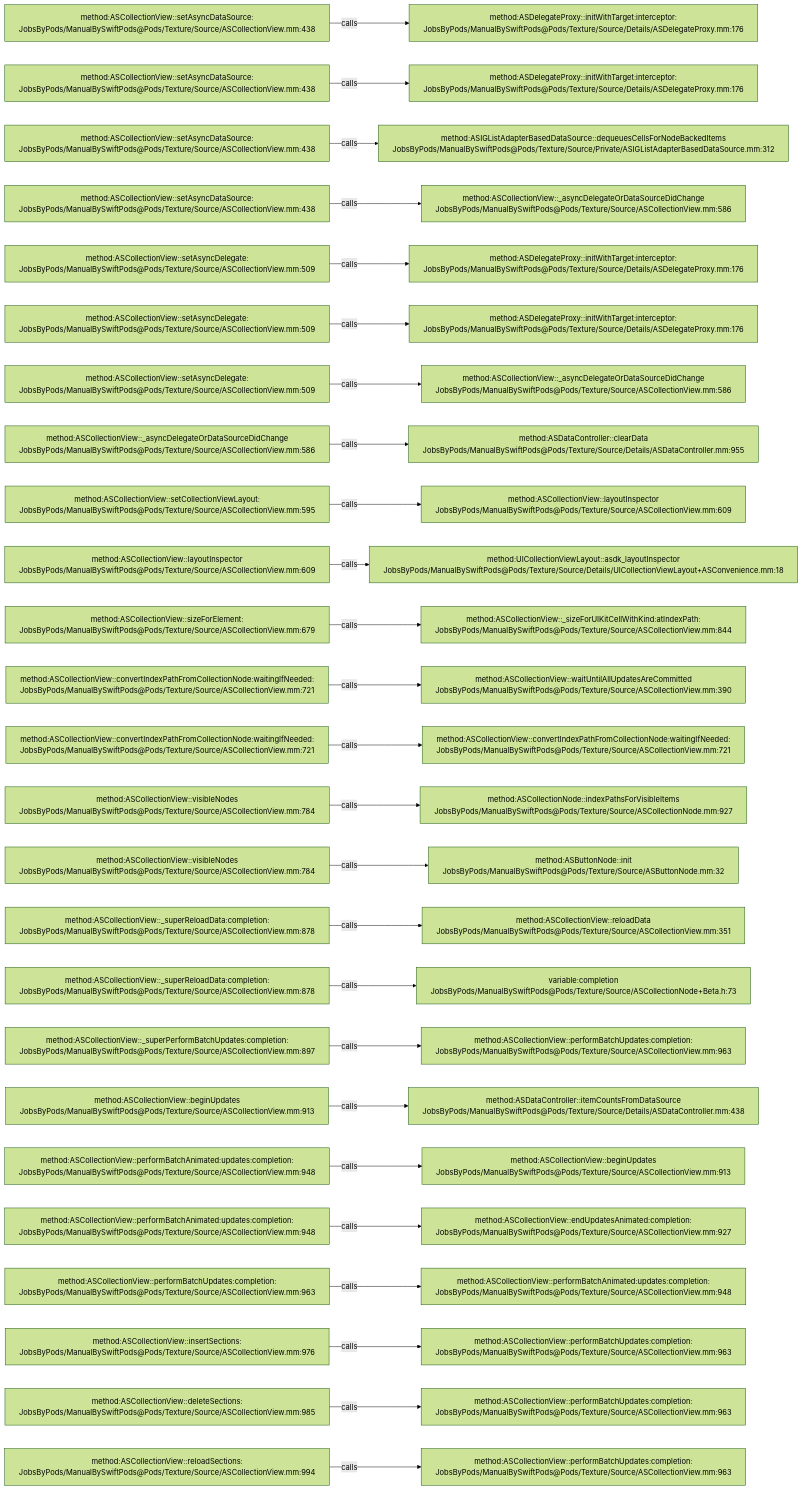
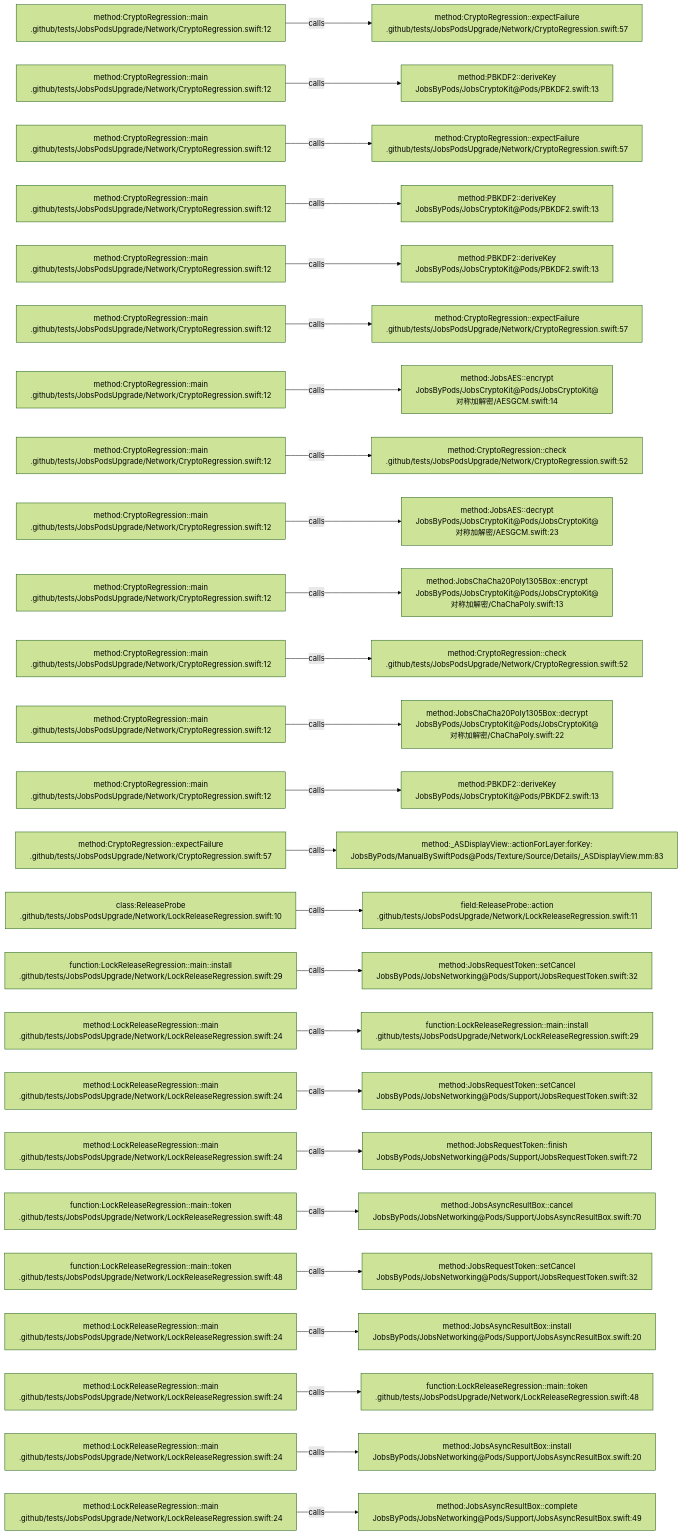
Before and after one commit to JobsKits/JobsSwiftBaseConfigDemo: the diagram in .codegraph/codegraph.md/graphs/calls-011.md, drawn with Mermaid (forest theme). The commit also changed 224 other files, not shown here.

````diff
--- a/.codegraph/codegraph.md/graphs/calls-011.md
+++ b/.codegraph/codegraph.md/graphs/calls-011.md
@@ -13,78 +13,78 @@
 ```mermaid
 flowchart LR
-  S1["method:ASCollectionView::setAsyncDataSource:<br/>JobsByPods/ManualBySwiftPods@Pods/Texture/Source/ASCollectionView.mm:438"]
-  T1["method:ASDelegateProxy::initWithTarget:interceptor:<br/>JobsByPods/ManualBySwiftPods@Pods/Texture/Source/Details/ASDelegateProxy.mm:176"]
+  S1["method:CryptoRegression::main<br/>.github/tests/JobsPodsUpgrade/Network/CryptoRegression.swift:12"]
+  T1["method:CryptoRegression::expectFailure<br/>.github/tests/JobsPodsUpgrade/Network/CryptoRegression.swift:57"]
   S1 -->|calls| T1
-  S2["method:ASCollectionView::setAsyncDataSource:<br/>JobsByPods/ManualBySwiftPods@Pods/Texture/Source/ASCollectionView.mm:438"]
-  T2["method:ASDelegateProxy::initWithTarget:interceptor:<br/>JobsByPods/ManualBySwiftPods@Pods/Texture/Source/Details/ASDelegateProxy.mm:176"]
+  S2["method:CryptoRegression::main<br/>.github/tests/JobsPodsUpgrade/Network/CryptoRegression.swift:12"]
+  T2["method:PBKDF2::deriveKey<br/>JobsByPods/JobsCryptoKit@Pods/PBKDF2.swift:13"]
   S2 -->|calls| T2
-  S3["method:ASCollectionView::setAsyncDataSource:<br/>JobsByPods/ManualBySwiftPods@Pods/Texture/Source/ASCollectionView.mm:438"]
-  T3["method:ASIGListAdapterBasedDataSource::dequeuesCellsForNodeBackedItems<br/>JobsByPods/ManualBySwiftPods@Pods/Texture/Source/Private/ASIGListAdapterBasedDataSource.mm:312"]
+  S3["method:CryptoRegression::main<br/>.github/tests/JobsPodsUpgrade/Network/CryptoRegression.swift:12"]
+  T3["method:CryptoRegression::expectFailure<br/>.github/tests/JobsPodsUpgrade/Network/CryptoRegression.swift:57"]
   S3 -->|calls| T3
-  S4["method:ASCollectionView::setAsyncDataSource:<br/>JobsByPods/ManualBySwiftPods@Pods/Texture/Source/ASCollectionView.mm:438"]
-  T4["method:ASCollectionView::_asyncDelegateOrDataSourceDidChange<br/>JobsByPods/ManualBySwiftPods@Pods/Texture/Source/ASCollectionView.mm:586"]
+  S4["method:CryptoRegression::main<br/>.github/tests/JobsPodsUpgrade/Network/CryptoRegression.swift:12"]
+  T4["method:PBKDF2::deriveKey<br/>JobsByPods/JobsCryptoKit@Pods/PBKDF2.swift:13"]
   S4 -->|calls| T4
-  S5["method:ASCollectionView::setAsyncDelegate:<br/>JobsByPods/ManualBySwiftPods@Pods/Texture/Source/ASCollectionView.mm:509"]
-  T5["method:ASDelegateProxy::initWithTarget:interceptor:<br/>JobsByPods/ManualBySwiftPods@Pods/Texture/Source/Details/ASDelegateProxy.mm:176"]
+  S5["method:CryptoRegression::main<br/>.github/tests/JobsPodsUpgrade/Network/CryptoRegression.swift:12"]
+  T5["method:PBKDF2::deriveKey<br/>JobsByPods/JobsCryptoKit@Pods/PBKDF2.swift:13"]
   S5 -->|calls| T5
-  S6["method:ASCollectionView::setAsyncDelegate:<br/>JobsByPods/ManualBySwiftPods@Pods/Texture/Source/ASCollectionView.mm:509"]
-  T6["method:ASDelegateProxy::initWithTarget:interceptor:<br/>JobsByPods/ManualBySwiftPods@Pods/Texture/Source/Details/ASDelegateProxy.mm:176"]
+  S6["method:CryptoRegression::main<br/>.github/tests/JobsPodsUpgrade/Network/CryptoRegression.swift:12"]
+  T6["method:CryptoRegression::expectFailure<br/>.github/tests/JobsPodsUpgrade/Network/CryptoRegression.swift:57"]
   S6 -->|calls| T6
-  S7["method:ASCollectionView::setAsyncDelegate:<br/>JobsByPods/ManualBySwiftPods@Pods/Texture/Source/ASCollectionView.mm:509"]
-  T7["method:ASCollectionView::_asyncDelegateOrDataSourceDidChange<br/>JobsByPods/ManualBySwiftPods@Pods/Texture/Source/ASCollectionView.mm:586"]
+  S7["method:CryptoRegression::main<br/>.github/tests/JobsPodsUpgrade/Network/CryptoRegression.swift:12"]
+  T7["method:JobsAES::encrypt<br/>JobsByPods/JobsCryptoKit@Pods/JobsCryptoKit@对称加解密/AESGCM.swift:14"]
   S7 -->|calls| T7
-  S8["method:ASCollectionView::_asyncDelegateOrDataSourceDidChange<br/>JobsByPods/ManualBySwiftPods@Pods/Texture/Source/ASCollectionView.mm:586"]
-  T8["method:ASDataController::clearData<br/>JobsByPods/ManualBySwiftPods@Pods/Texture/Source/Details/ASDataController.mm:955"]
+  S8["method:CryptoRegression::main<br/>.github/tests/JobsPodsUpgrade/Network/CryptoRegression.swift:12"]
+  T8["method:CryptoRegression::check<br/>.github/tests/JobsPodsUpgrade/Network/CryptoRegression.swift:52"]
   S8 -->|calls| T8
-  S9["method:ASCollectionView::setCollectionViewLayout:<br/>JobsByPods/ManualBySwiftPods@Pods/Texture/Source/ASCollectionView.mm:595"]
-  T9["method:ASCollectionView::layoutInspector<br/>JobsByPods/ManualBySwiftPods@Pods/Texture/Source/ASCollectionView.mm:609"]
+  S9["method:CryptoRegression::main<br/>.github/tests/JobsPodsUpgrade/Network/CryptoRegression.swift:12"]
+  T9["method:JobsAES::decrypt<br/>JobsByPods/JobsCryptoKit@Pods/JobsCryptoKit@对称加解密/AESGCM.swift:23"]
   S9 -->|calls| T9
-  S10["method:ASCollectionView::layoutInspector<br/>JobsByPods/ManualBySwiftPods@Pods/Texture/Source/ASCollectionView.mm:609"]
-  T10["method:UICollectionViewLayout::asdk_layoutInspector<br/>JobsByPods/ManualBySwiftPods@Pods/Texture/Source/Details/UICollectionViewLayout+ASConvenience.mm:18"]
+  S10["method:CryptoRegression::main<br/>.github/tests/JobsPodsUpgrade/Network/CryptoRegression.swift:12"]
+  T10["method:JobsChaCha20Poly1305Box::encrypt<br/>JobsByPods/JobsCryptoKit@Pods/JobsCryptoKit@对称加解密/ChaChaPoly.swift:13"]
   S10 -->|calls| T10
-  S11["method:ASCollectionView::sizeForElement:<br/>JobsByPods/ManualBySwiftPods@Pods/Texture/Source/ASCollectionView.mm:679"]
-  T11["method:ASCollectionView::_sizeForUIKitCellWithKind:atIndexPath:<br/>JobsByPods/ManualBySwiftPods@Pods/Texture/Source/ASCollectionView.mm:844"]
+  S11["method:CryptoRegression::main<br/>.github/tests/JobsPodsUpgrade/Network/CryptoRegression.swift:12"]
+  T11["method:CryptoRegression::check<br/>.github/tests/JobsPodsUpgrade/Network/CryptoRegression.swift:52"]
   S11 -->|calls| T11
-  S12["method:ASCollectionView::convertIndexPathFromCollectionNode:waitingIfNeeded:<br/>JobsByPods/ManualBySwiftPods@Pods/Texture/Source/ASCollectionView.mm:721"]
-  T12["method:ASCollectionView::waitUntilAllUpdatesAreCommitted<br/>JobsByPods/ManualBySwiftPods@Pods/Texture/Source/ASCollectionView.mm:390"]
+  S12["method:CryptoRegression::main<br/>.github/tests/JobsPodsUpgrade/Network/CryptoRegression.swift:12"]
+  T12["method:JobsChaCha20Poly1305Box::decrypt<br/>JobsByPods/JobsCryptoKit@Pods/JobsCryptoKit@对称加解密/ChaChaPoly.swift:22"]
   S12 -->|calls| T12
-  S13["method:ASCollectionView::convertIndexPathFromCollectionNode:waitingIfNeeded:<br/>JobsByPods/ManualBySwiftPods@Pods/Texture/Source/ASCollectionView.mm:721"]
-  T13["method:ASCollectionView::convertIndexPathFromCollectionNode:waitingIfNeeded:<br/>JobsByPods/ManualBySwiftPods@Pods/Texture/Source/ASCollectionView.mm:721"]
+  S13["method:CryptoRegression::main<br/>.github/tests/JobsPodsUpgrade/Network/CryptoRegression.swift:12"]
+  T13["method:PBKDF2::deriveKey<br/>JobsByPods/JobsCryptoKit@Pods/PBKDF2.swift:13"]
   S13 -->|calls| T13
-  S14["method:ASCollectionView::visibleNodes<br/>JobsByPods/ManualBySwiftPods@Pods/Texture/Source/ASCollectionView.mm:784"]
-  T14["method:ASCollectionNode::indexPathsForVisibleItems<br/>JobsByPods/ManualBySwiftPods@Pods/Texture/Source/ASCollectionNode.mm:927"]
+  S14["method:CryptoRegression::expectFailure<br/>.github/tests/JobsPodsUpgrade/Network/CryptoRegression.swift:57"]
+  T14["method:_ASDisplayView::actionForLayer:forKey:<br/>JobsByPods/ManualBySwiftPods@Pods/Texture/Source/Details/_ASDisplayView.mm:83"]
   S14 -->|calls| T14
-  S15["method:ASCollectionView::visibleNodes<br/>JobsByPods/ManualBySwiftPods@Pods/Texture/Source/ASCollectionView.mm:784"]
-  T15["method:ASButtonNode::init<br/>JobsByPods/ManualBySwiftPods@Pods/Texture/Source/ASButtonNode.mm:32"]
+  S15["class:ReleaseProbe<br/>.github/tests/JobsPodsUpgrade/Network/LockReleaseRegression.swift:10"]
+  T15["field:ReleaseProbe::action<br/>.github/tests/JobsPodsUpgrade/Network/LockReleaseRegression.swift:11"]
   S15 -->|calls| T15
-  S16["method:ASCollectionView::_superReloadData:completion:<br/>JobsByPods/ManualBySwiftPods@Pods/Texture/Source/ASCollectionView.mm:878"]
-  T16["method:ASCollectionView::reloadData<br/>JobsByPods/ManualBySwiftPods@Pods/Texture/Source/ASCollectionView.mm:351"]
+  S16["function:LockReleaseRegression::main::install<br/>.github/tests/JobsPodsUpgrade/Network/LockReleaseRegression.swift:29"]
+  T16["method:JobsRequestToken::setCancel<br/>JobsByPods/JobsNetworking@Pods/Support/JobsRequestToken.swift:32"]
   S16 -->|calls| T16
-  S17["method:ASCollectionView::_superReloadData:completion:<br/>JobsByPods/ManualBySwiftPods@Pods/Texture/Source/ASCollectionView.mm:878"]
-  T17["variable:completion<br/>JobsByPods/ManualBySwiftPods@Pods/Texture/Source/ASCollectionNode+Beta.h:73"]
+  S17["method:LockReleaseRegression::main<br/>.github/tests/JobsPodsUpgrade/Network/LockReleaseRegression.swift:24"]
+  T17["function:LockReleaseRegression::main::install<br/>.github/tests/JobsPodsUpgrade/Network/LockReleaseRegression.swift:29"]
   S17 -->|calls| T17
-  S18["method:ASCollectionView::_superPerformBatchUpdates:completion:<br/>JobsByPods/ManualBySwiftPods@Pods/Texture/Source/ASCollectionView.mm:897"]
-  T18["method:ASCollectionView::performBatchUpdates:completion:<br/>JobsByPods/ManualBySwiftPods@Pods/Texture/Source/ASCollectionView.mm:963"]
+  S18["method:LockReleaseRegression::main<br/>.github/tests/JobsPodsUpgrade/Network/LockReleaseRegression.swift:24"]
+  T18["method:JobsRequestToken::setCancel<br/>JobsByPods/JobsNetworking@Pods/Support/JobsRequestToken.swift:32"]
   S18 -->|calls| T18
-  S19["method:ASCollectionView::beginUpdates<br/>JobsByPods/ManualBySwiftPods@Pods/Texture/Source/ASCollectionView.mm:913"]
-  T19["method:ASDataController::itemCountsFromDataSource<br/>JobsByPods/ManualBySwiftPods@Pods/Texture/Source/Details/ASDataController.mm:438"]
+  S19["method:LockReleaseRegression::main<br/>.github/tests/JobsPodsUpgrade/Network/LockReleaseRegression.swift:24"]
+  T19["method:JobsRequestToken::finish<br/>JobsByPods/JobsNetworking@Pods/Support/JobsRequestToken.swift:72"]
   S19 -->|calls| T19
-  S20["method:ASCollectionView::performBatchAnimated:updates:completion:<br/>JobsByPods/ManualBySwiftPods@Pods/Texture/Source/ASCollectionView.mm:948"]
-  T20["method:ASCollectionView::beginUpdates<br/>JobsByPods/ManualBySwiftPods@Pods/Texture/Source/ASCollectionView.mm:913"]
+  S20["function:LockReleaseRegression::main::token<br/>.github/tests/JobsPodsUpgrade/Network/LockReleaseRegression.swift:48"]
+  T20["method:JobsAsyncResultBox::cancel<br/>JobsByPods/JobsNetworking@Pods/Support/JobsAsyncResultBox.swift:70"]
   S20 -->|calls| T20
-  S21["method:ASCollectionView::performBatchAnimated:updates:completion:<br/>JobsByPods/ManualBySwiftPods@Pods/Texture/Source/ASCollectionView.mm:948"]
-  T21["method:ASCollectionView::endUpdatesAnimated:completion:<br/>JobsByPods/ManualBySwiftPods@Pods/Texture/Source/ASCollectionView.mm:927"]
+  S21["function:LockReleaseRegression::main::token<br/>.github/tests/JobsPodsUpgrade/Network/LockReleaseRegression.swift:48"]
+  T21["method:JobsRequestToken::setCancel<br/>JobsByPods/JobsNetworking@Pods/Support/JobsRequestToken.swift:32"]
   S21 -->|calls| T21
-  S22["method:ASCollectionView::performBatchUpdates:completion:<br/>JobsByPods/ManualBySwiftPods@Pods/Texture/Source/ASCollectionView.mm:963"]
-  T22["method:ASCollectionView::performBatchAnimated:updates:completion:<br/>JobsByPods/ManualBySwiftPods@Pods/Texture/Source/ASCollectionView.mm:948"]
+  S22["method:LockReleaseRegression::main<br/>.github/tests/JobsPodsUpgrade/Network/LockReleaseRegression.swift:24"]
+  T22["method:JobsAsyncResultBox::install<br/>JobsByPods/JobsNetworking@Pods/Support/JobsAsyncResultBox.swift:20"]
   S22 -->|calls| T22
-  S23["method:ASCollectionView::insertSections:<br/>JobsByPods/ManualBySwiftPods@Pods/Texture/Source/ASCollectionView.mm:976"]
-  T23["method:ASCollectionView::performBatchUpdates:completion:<br/>JobsByPods/ManualBySwiftPods@Pods/Texture/Source/ASCollectionView.mm:963"]
+  S23["method:LockReleaseRegression::main<br/>.github/tests/JobsPodsUpgrade/Network/LockReleaseRegression.swift:24"]
+  T23["function:LockReleaseRegression::main::token<br/>.github/tests/JobsPodsUpgrade/Network/LockReleaseRegression.swift:48"]
   S23 -->|calls| T23
-  S24["method:ASCollectionView::deleteSections:<br/>JobsByPods/ManualBySwiftPods@Pods/Texture/Source/ASCollectionView.mm:985"]
-  T24["method:ASCollectionView::performBatchUpdates:completion:<br/>JobsByPods/ManualBySwiftPods@Pods/Texture/Source/ASCollectionView.mm:963"]
+  S24["method:LockReleaseRegression::main<br/>.github/tests/JobsPodsUpgrade/Network/LockReleaseRegression.swift:24"]
+  T24["method:JobsAsyncResultBox::install<br/>JobsByPods/JobsNetworking@Pods/Support/JobsAsyncResultBox.swift:20"]
   S24 -->|calls| T24
-  S25["method:ASCollectionView::reloadSections:<br/>JobsByPods/ManualBySwiftPods@Pods/Texture/Source/ASCollectionView.mm:994"]
-  T25["method:ASCollectionView::performBatchUpdates:completion:<br/>JobsByPods/ManualBySwiftPods@Pods/Texture/Source/ASCollectionView.mm:963"]
+  S25["method:LockReleaseRegression::main<br/>.github/tests/JobsPodsUpgrade/Network/LockReleaseRegression.swift:24"]
+  T25["method:JobsAsyncResultBox::complete<br/>JobsByPods/JobsNetworking@Pods/Support/JobsAsyncResultBox.swift:49"]
   S25 -->|calls| T25
 ```
````
